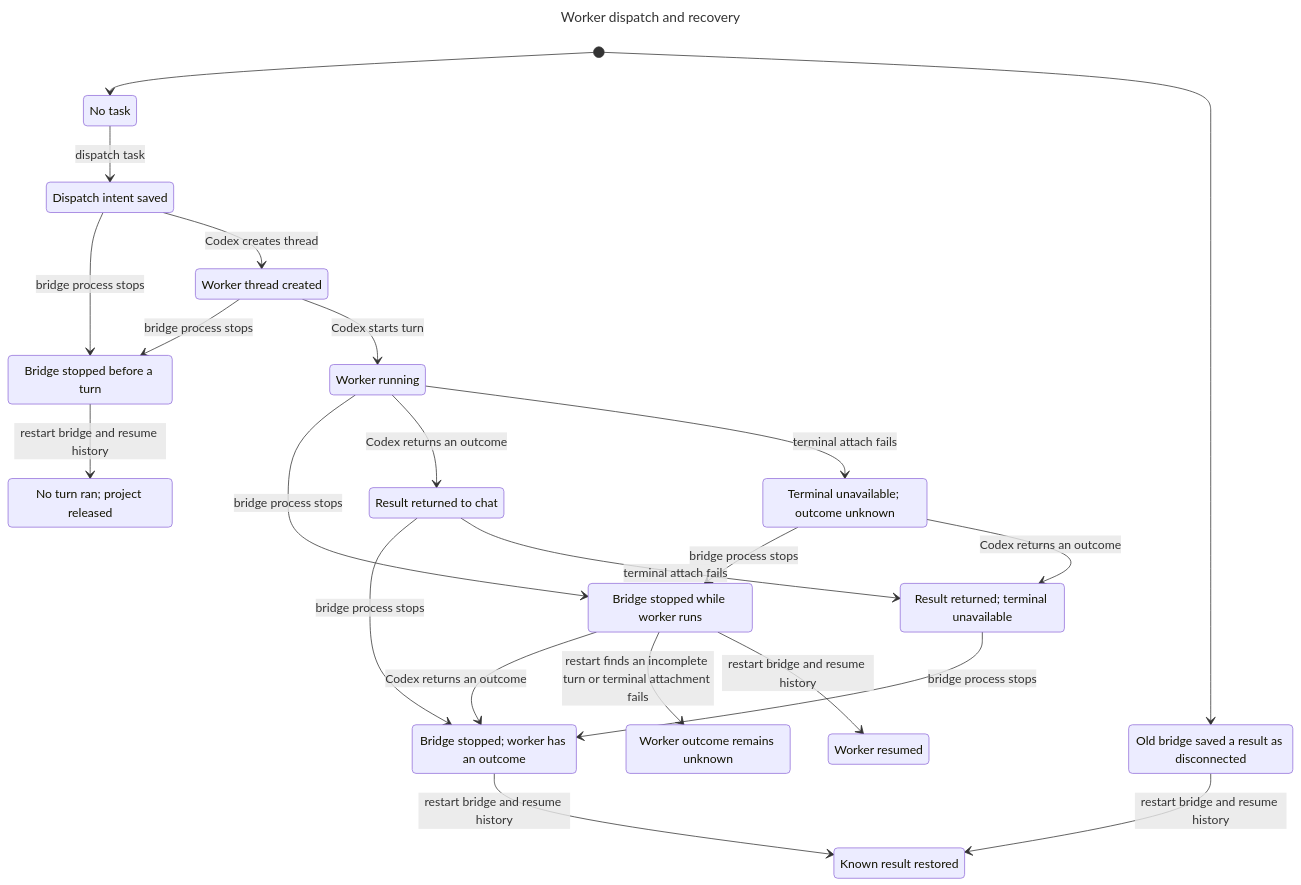
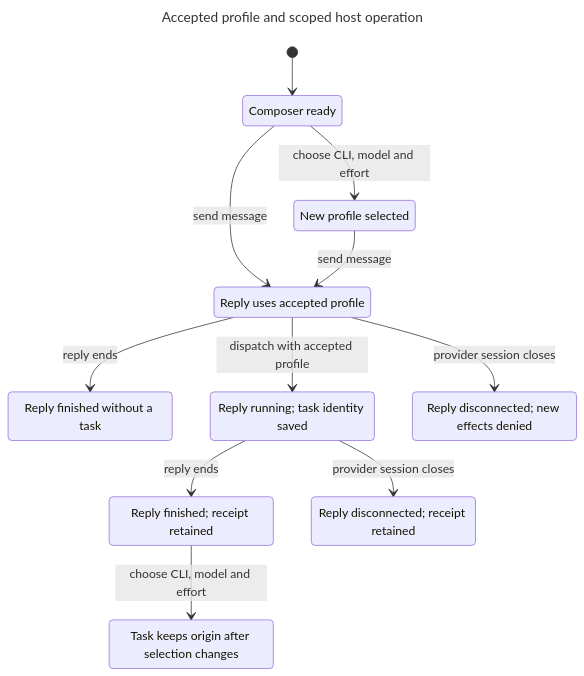
Before and after one commit to minatoaquaMK2/dori-superagent: the diagram in verification/herdr-chat/REPORT.md, drawn with Mermaid. The commit also changed other lines of this file and 120 other files, not shown here.

Commit message:
test(desktop): verify provider profiles and native task lifecycles

````diff
--- a/verification/herdr-chat/REPORT.md
+++ b/verification/herdr-chat/REPORT.md
@@ -26,42 +21,25 @@
 ```mermaid
 ---
-title: "Worker dispatch and recovery"
+title: "Accepted profile and scoped host operation"
 ---
 stateDiagram-v2
-  s0: No task
-  s1: Old bridge saved a result as disconnected
-  s2: Dispatch intent saved
-  s3: Known result restored
-  s4: Bridge stopped before a turn
-  s5: Worker thread created
-  s6: No turn ran#59; project released
-  s7: Worker running
-  s8: Bridge stopped while worker runs
-  s9: Result returned to chat
-  s10: Bridge stopped#59; worker has an outcome
-  s11: Terminal unavailable#59; outcome unknown
-  s12: Worker outcome remains unknown
-  s13: Worker resumed
-  s14: Result returned#59; terminal unavailable
+  s0: Composer ready
+  s1: New profile selected
+  s2: Reply uses accepted profile
+  s3: Reply finished without a task
+  s4: Reply running#59; task identity saved
+  s5: Reply disconnected#59; new effects denied
+  s6: Reply finished#59; receipt retained
+  s7: Reply disconnected#59; receipt retained
+  s8: Task keeps origin after selection changes
   [*] --> s0
-  [*] --> s1
-  s0 --> s2: dispatch task
-  s1 --> s3: restart bridge and resume history
-  s2 --> s4: bridge process stops
-  s2 --> s5: Codex creates thread
-  s4 --> s6: restart bridge and resume history
-  s5 --> s4: bridge process stops
-  s5 --> s7: Codex starts turn
-  s7 --> s8: bridge process stops
-  s7 --> s9: Codex returns an outcome
-  s8 --> s10: Codex returns an outcome
-  s8 --> s12: restart finds an incomplete turn or terminal attachment fails
-  s8 --> s13: restart bridge and resume history
-  s7 --> s11: terminal attach fails
-  s9 --> s10: bridge process stops
-  s10 --> s3: restart bridge and resume history
-  s11 --> s8: bridge process stops
-  s11 --> s14: Codex returns an outcome
-  s9 --> s14: terminal attach fails
-  s14 --> s10: bridge process stops
+  s0 --> s1: choose CLI, model and effort
+  s0 --> s2: send message
+  s1 --> s2: send message
+  s2 --> s3: reply ends
+  s2 --> s4: dispatch with accepted profile
+  s2 --> s5: provider session closes
+  s4 --> s6: reply ends
+  s4 --> s7: provider session closes
+  s6 --> s8: choose CLI, model and effort
 ```
````
